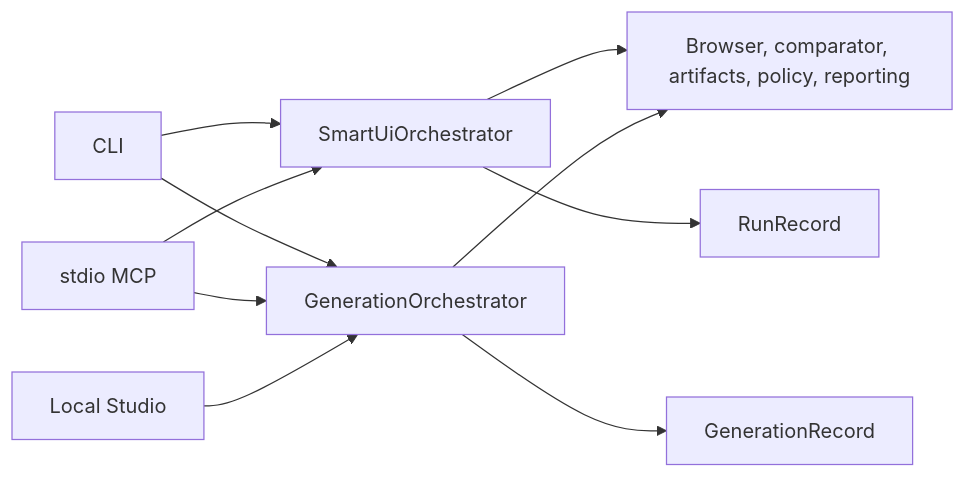
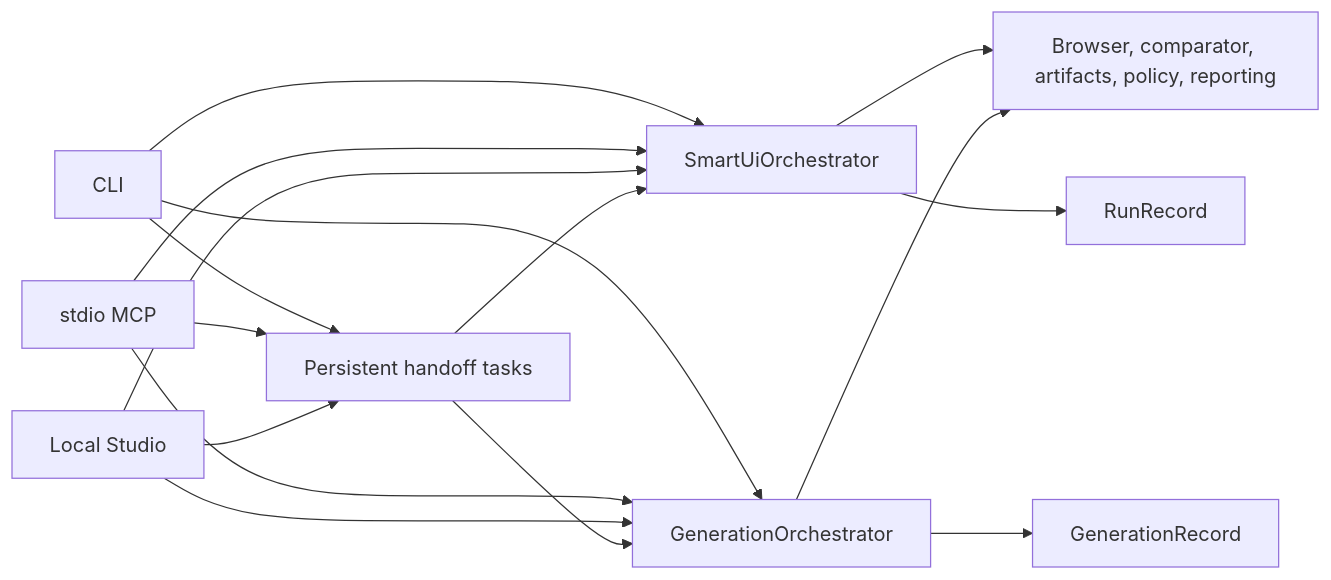
Before and after one commit to Ayush-joshi/smart-ui-validator: the diagram in docs/architecture.md, drawn with Mermaid. The commit also changed other lines of this file and 42 other files, not shown here.

First line of the commit message:
feat(handoff): CLI-first implementation handoff without MCP, plus task review view and Studio agent-setup polish

````diff
--- a/docs/architecture.md
+++ b/docs/architecture.md
@@ -14,17 +14,24 @@
 ```mermaid
 flowchart LR
     CLI["CLI"]
     MCP["stdio MCP"]
     Studio["Local Studio"]
 
     CLI --> Validate["SmartUiOrchestrator"]
     MCP --> Validate
     CLI --> Generate["GenerationOrchestrator"]
     MCP --> Generate
     Studio --> Generate
+    Studio --> Validate
+
+    CLI --> Tasks["Persistent handoff tasks"]
+    MCP --> Tasks
+    Studio --> Tasks
+    Tasks --> Validate
+    Tasks --> Generate
 
     Validate --> Shared["Browser, comparator, artifacts, policy, reporting"]
     Generate --> Shared
     Validate --> Run["RunRecord"]
     Generate --> Generation["GenerationRecord"]
 ```
````
